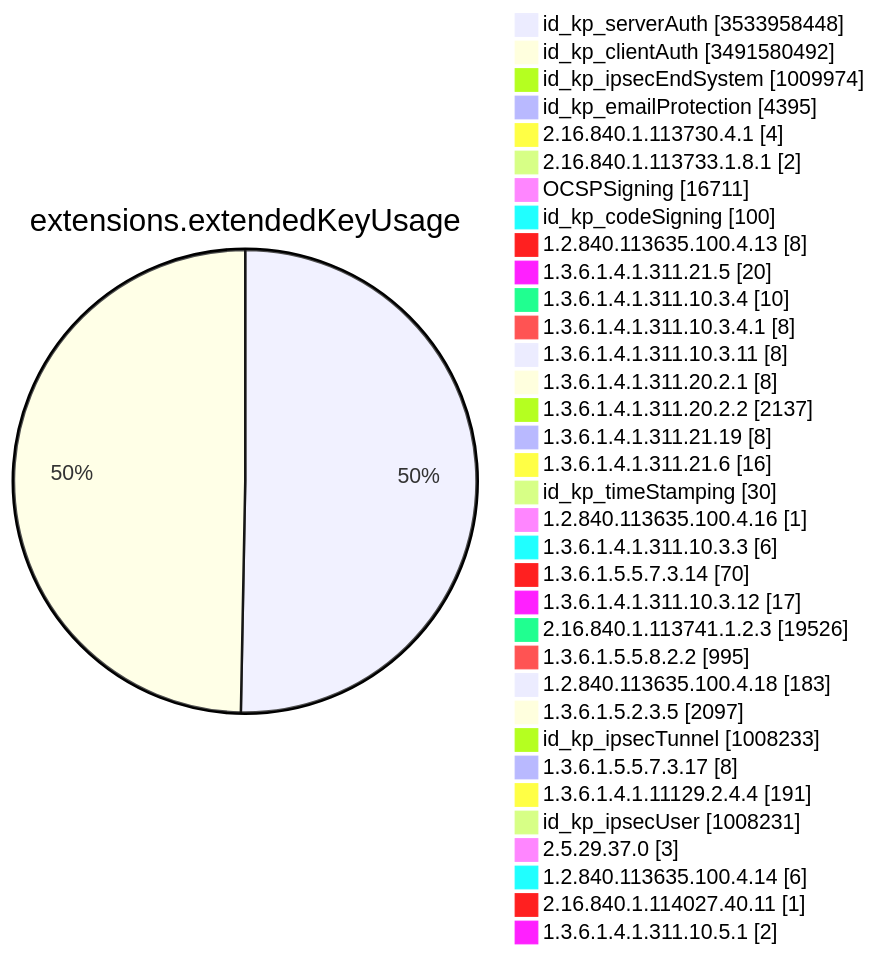
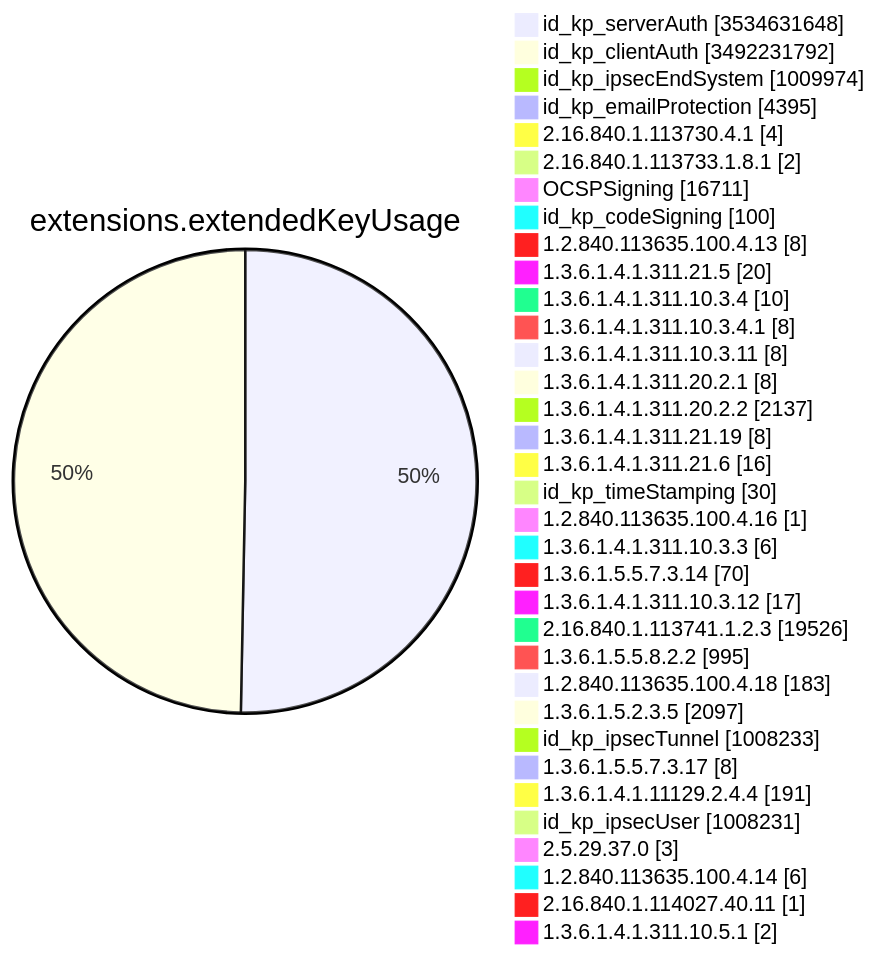
Before and after one commit to christiankrug/ctmonitor_visualization: diagram 11 of 15 in TOTAL/README.md, drawn with Mermaid. The commit also changed other lines of this file, not shown here.

````diff
--- a/TOTAL/README.md
+++ b/TOTAL/README.md
@@ -4127,38 +4127,38 @@
 ```mermaid
 pie showData
 title extensions.extendedKeyUsage
-"id_kp_serverAuth" :3533958448
-"id_kp_clientAuth" :3491580492
+"id_kp_serverAuth" :3534631648
+"id_kp_clientAuth" :3492231792
 "id_kp_ipsecEndSystem" :1009974
 "id_kp_emailProtection" :4395
 "2.16.840.1.113730.4.1" :4
 "2.16.840.1.113733.1.8.1" :2
 "OCSPSigning" :16711
 "id_kp_codeSigning" :100
 "1.2.840.113635.100.4.13" :8
 "1.3.6.1.4.1.311.21.5" :20
 "1.3.6.1.4.1.311.10.3.4" :10
 "1.3.6.1.4.1.311.10.3.4.1" :8
 "1.3.6.1.4.1.311.10.3.11" :8
 "1.3.6.1.4.1.311.20.2.1" :8
 "1.3.6.1.4.1.311.20.2.2" :2137
 "1.3.6.1.4.1.311.21.19" :8
 "1.3.6.1.4.1.311.21.6" :16
 "id_kp_timeStamping" :30
 "1.2.840.113635.100.4.16" :1
 "1.3.6.1.4.1.311.10.3.3" :6
 "1.3.6.1.5.5.7.3.14" :70
 "1.3.6.1.4.1.311.10.3.12" :17
 "2.16.840.1.113741.1.2.3" :19526
 "1.3.6.1.5.5.8.2.2" :995
 "1.2.840.113635.100.4.18" :183
 "1.3.6.1.5.2.3.5" :2097
 "id_kp_ipsecTunnel" :1008233
 "1.3.6.1.5.5.7.3.17" :8
 "1.3.6.1.4.1.11129.2.4.4" :191
 "id_kp_ipsecUser" :1008231
 "2.5.29.37.0" :3
 "1.2.840.113635.100.4.14" :6
 "2.16.840.1.114027.40.11" :1
 "1.3.6.1.4.1.311.10.5.1" :2
 ```
````
